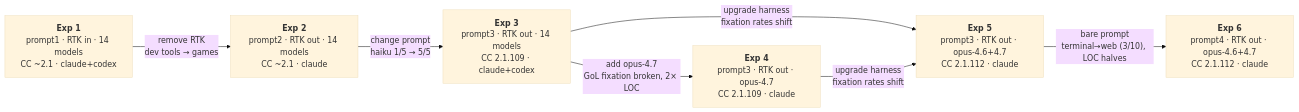
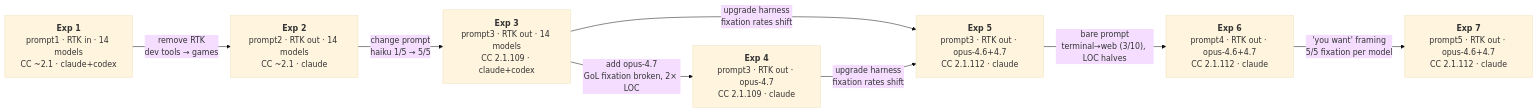
The diagram in README.md (changkun/goalless-agents), drawn with Mermaid (base theme) before and after one commit. The commit also changed other lines of this file and 159 other files, not shown here.

````diff
--- a/README.md
+++ b/README.md
@@ -75,15 +85,17 @@
 ```mermaid
 flowchart LR
     E1["<b>Exp 1</b><br/>prompt1 · RTK in · 14 models<br/>CC ~2.1 · claude+codex"]
     E2["<b>Exp 2</b><br/>prompt2 · RTK out · 14 models<br/>CC ~2.1 · claude"]
     E3["<b>Exp 3</b><br/>prompt3 · RTK out · 14 models<br/>CC 2.1.109 · claude+codex"]
     E4["<b>Exp 4</b><br/>prompt3 · RTK out · opus-4.7<br/>CC 2.1.109 · claude"]
     E5["<b>Exp 5</b><br/>prompt3 · RTK out · opus-4.6+4.7<br/>CC 2.1.112 · claude"]
     E6["<b>Exp 6</b><br/>prompt4 · RTK out · opus-4.6+4.7<br/>CC 2.1.112 · claude"]
+    E7["<b>Exp 7</b><br/>prompt5 · RTK out · opus-4.6+4.7<br/>CC 2.1.112 · claude"]
 
     E1 -->|"remove RTK<br/>dev tools → games"| E2
     E2 -->|"change prompt<br/>haiku 1/5 → 5/5"| E3
     E3 -->|"add opus-4.7<br/>GoL fixation broken, 2× LOC"| E4
     E3 & E4 -->|"upgrade harness<br/>fixation rates shift"| E5
     E5 -->|"bare prompt<br/>terminal→web (3/10), LOC halves"| E6
+    E6 -->|"'you want' framing<br/>5/5 fixation per model"| E7
 ```
````
